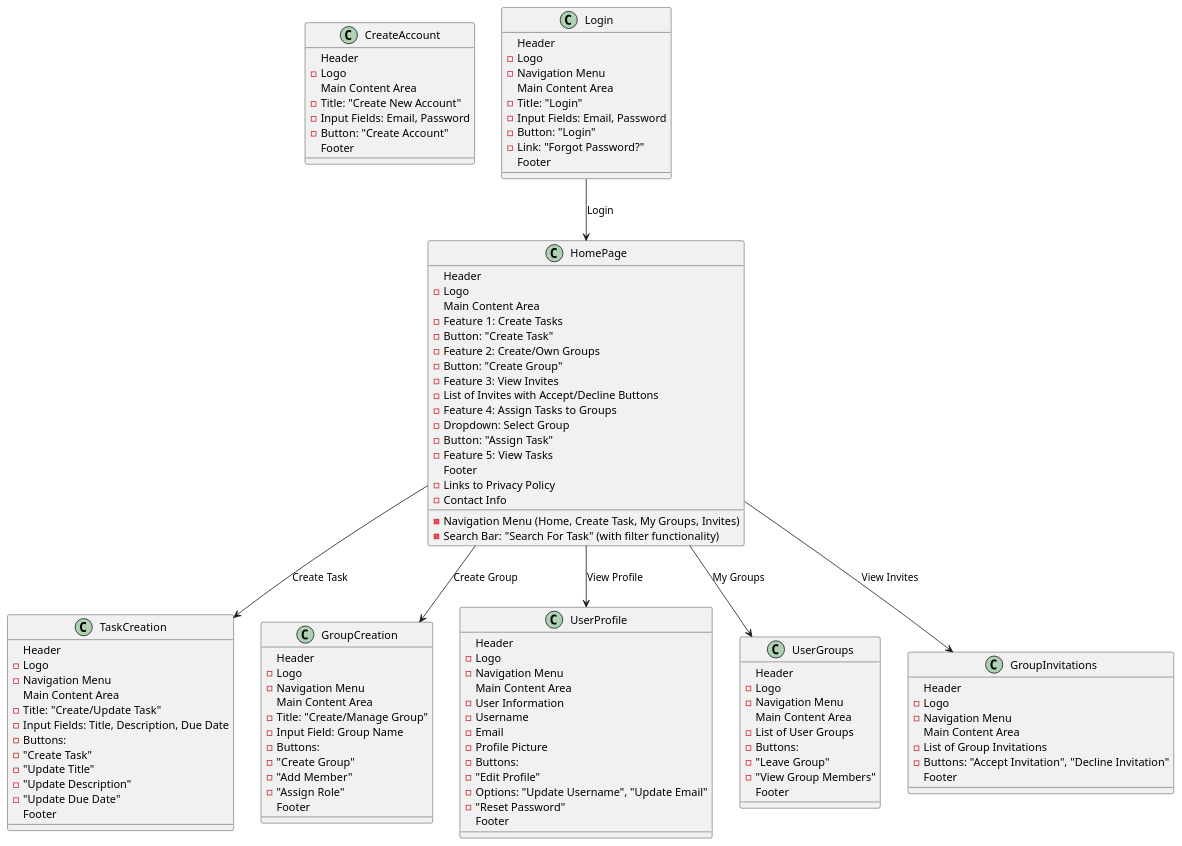
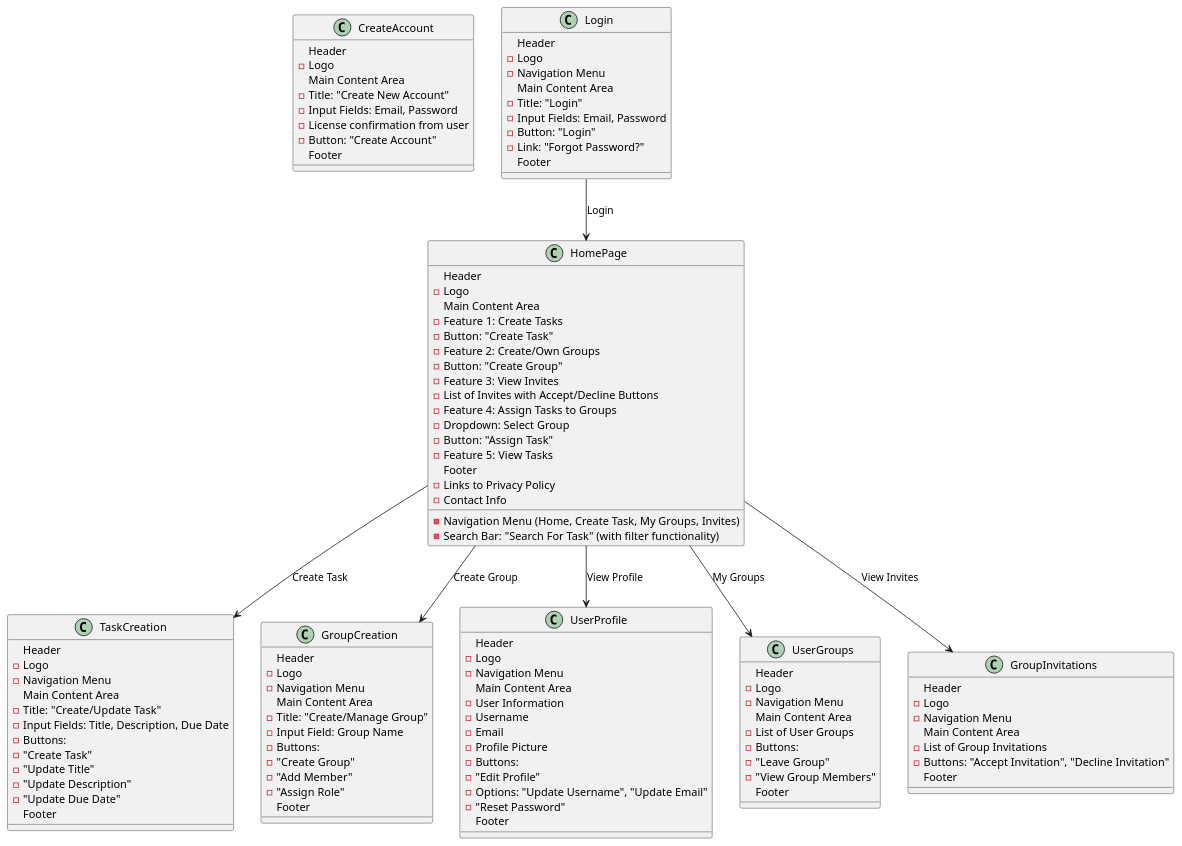
One commit to OmerEgeOzyaba/CSCI3100-project changed the diagram in documentation/Design_Implementation/user_interface.puml. Above: the diagram before and after it, drawn with PlantUML.

```diff
--- a/documentation/Design_Implementation/user_interface.puml
+++ b/documentation/Design_Implementation/user_interface.puml
@@ -1,118 +1,119 @@
 @startuml
 class CreateAccount {
   Header
   - Logo
   Main Content Area
   - Title: "Create New Account"
   - Input Fields: Email, Password
+  - License confirmation from user
   - Button: "Create Account"
   Footer
 }
 
 class Login {
   Header
   - Logo
   - Navigation Menu
   Main Content Area
   - Title: "Login"
   - Input Fields: Email, Password
   - Button: "Login"
   - Link: "Forgot Password?"
   Footer
 }
 
 class HomePage {
   Header
   - Logo
   - Navigation Menu (Home, Create Task, My Groups, Invites)
   Main Content Area
   - Feature 1: Create Tasks
     - Button: "Create Task"
   - Feature 2: Create/Own Groups
     - Button: "Create Group"
   - Feature 3: View Invites
     - List of Invites with Accept/Decline Buttons
   - Feature 4: Assign Tasks to Groups
     - Dropdown: Select Group
     - Button: "Assign Task"
   - Feature 5: View Tasks
     - Search Bar: "Search For Task" (with filter functionality)
   Footer
   - Links to Privacy Policy
   - Contact Info
 }
 
 class TaskCreation {
   Header
   - Logo
   - Navigation Menu
   Main Content Area
   - Title: "Create/Update Task"
   - Input Fields: Title, Description, Due Date
   - Buttons:
     - "Create Task"
     - "Update Title"
     - "Update Description"
     - "Update Due Date"
   Footer
 }
 
 class GroupCreation {
   Header
   - Logo
   - Navigation Menu
   Main Content Area
   - Title: "Create/Manage Group"
   - Input Field: Group Name
   - Buttons:
     - "Create Group"
     - "Add Member"
     - "Assign Role"
   Footer
 }
 
 class UserProfile {
   Header
   - Logo
   - Navigation Menu
   Main Content Area
   - User Information
     - Username
     - Email
     - Profile Picture
   - Buttons:
     - "Edit Profile"
       - Options: "Update Username", "Update Email"
     - "Reset Password"
   Footer
 }
 
 class UserGroups {
   Header
   - Logo
   - Navigation Menu
   Main Content Area
   - List of User Groups
   - Buttons:
     - "Leave Group"
     - "View Group Members"
   Footer
 }
 
 class GroupInvitations {
   Header
   - Logo
   - Navigation Menu
   Main Content Area
   - List of Group Invitations
     - Buttons: "Accept Invitation", "Decline Invitation"
   Footer
 }
 
 Login --> HomePage : "Login"
 HomePage --> TaskCreation : "Create Task"
 HomePage --> GroupCreation : "Create Group"
 HomePage --> UserProfile : "View Profile"
 HomePage --> UserGroups : "My Groups"
 HomePage --> GroupInvitations : "View Invites"
 @enduml
```
